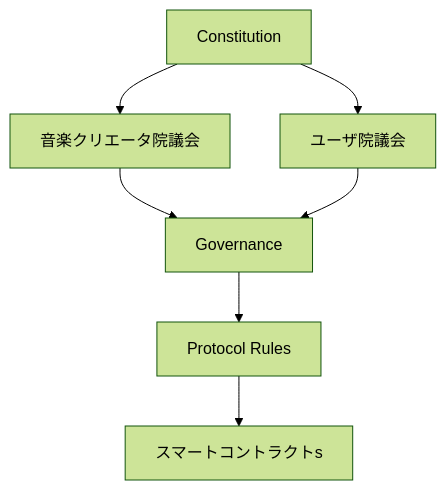
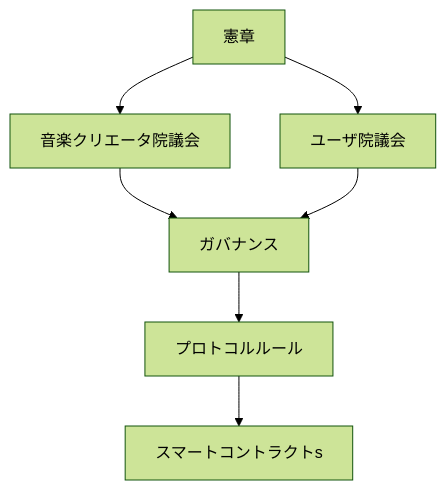
The seventh of 11 diagrams in docs/whitepaper/02-market.md (ShigeichiroYamasaki/creator-first-platform), drawn with Mermaid (forest theme) before and after one commit. The commit also changed other lines of this file and 72 other files, not shown here.

````diff
--- a/docs/whitepaper/02-market.md
+++ b/docs/whitepaper/02-market.md
@@ -243,13 +243,13 @@
 ```mermaid
 flowchart TD
-    CONST[Constitution]
+    CONST[憲章]
 
     CONST --> CH[音楽クリエータ院議会]
     CONST --> UH[ユーザ院議会]
 
-    CH --> GOV[Governance]
+    CH --> GOV[ガバナンス]
     UH --> GOV
 
-    GOV --> RULE[Protocol Rules]
+    GOV --> RULE[プロトコルルール]
     RULE --> CODE[スマートコントラクトs]
 ```
````
